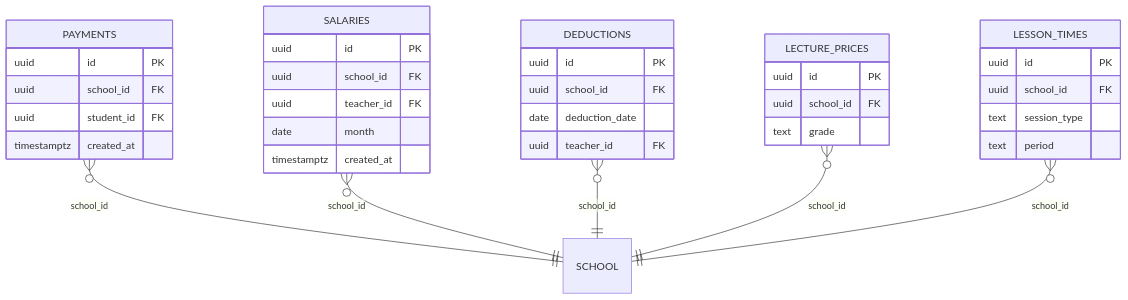
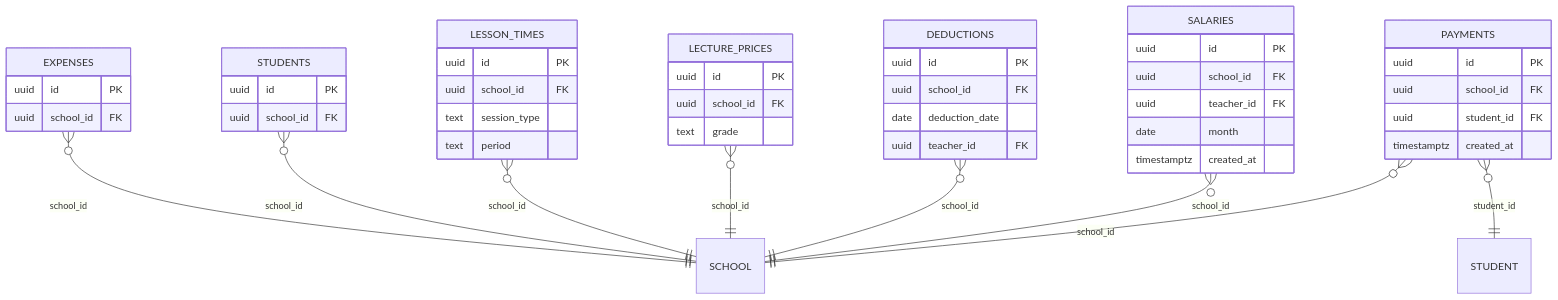
One commit to mustafaalkusaj/appschoolmustafa2002 changed the third of 8 diagrams in .qoder/repowiki/en/content/Performance & Scalability.md. Above: the diagram before and after it, drawn with Mermaid. The commit also changed other lines of this file and 85 other files, not shown here.

````diff
--- a/.qoder/repowiki/en/content/Performance & Scalability.md
+++ b/.qoder/repowiki/en/content/Performance & Scalability.md
@@ -165,38 +185,49 @@
 ```mermaid
 erDiagram
 PAYMENTS {
 uuid id PK
 uuid school_id FK
 uuid student_id FK
 timestamptz created_at
 }
 SALARIES {
 uuid id PK
 uuid school_id FK
 uuid teacher_id FK
 date month
 timestamptz created_at
 }
 DEDUCTIONS {
 uuid id PK
 uuid school_id FK
 date deduction_date
 uuid teacher_id FK
 }
 LECTURE_PRICES {
 uuid id PK
 uuid school_id FK
 text grade
 }
 LESSON_TIMES {
 uuid id PK
 uuid school_id FK
 text session_type
 text period
 }
+STUDENTS {
+uuid id PK
+uuid school_id FK
+}
+EXPENSES {
+uuid id PK
+uuid school_id FK
+}
 PAYMENTS }o--|| SCHOOL : "school_id"
 SALARIES }o--|| SCHOOL : "school_id"
 DEDUCTIONS }o--|| SCHOOL : "school_id"
 LECTURE_PRICES }o--|| SCHOOL : "school_id"
 LESSON_TIMES }o--|| SCHOOL : "school_id"
+STUDENTS }o--|| SCHOOL : "school_id"
+EXPENSES }o--|| SCHOOL : "school_id"
+PAYMENTS }o--|| STUDENT : "student_id"
 ```
````
